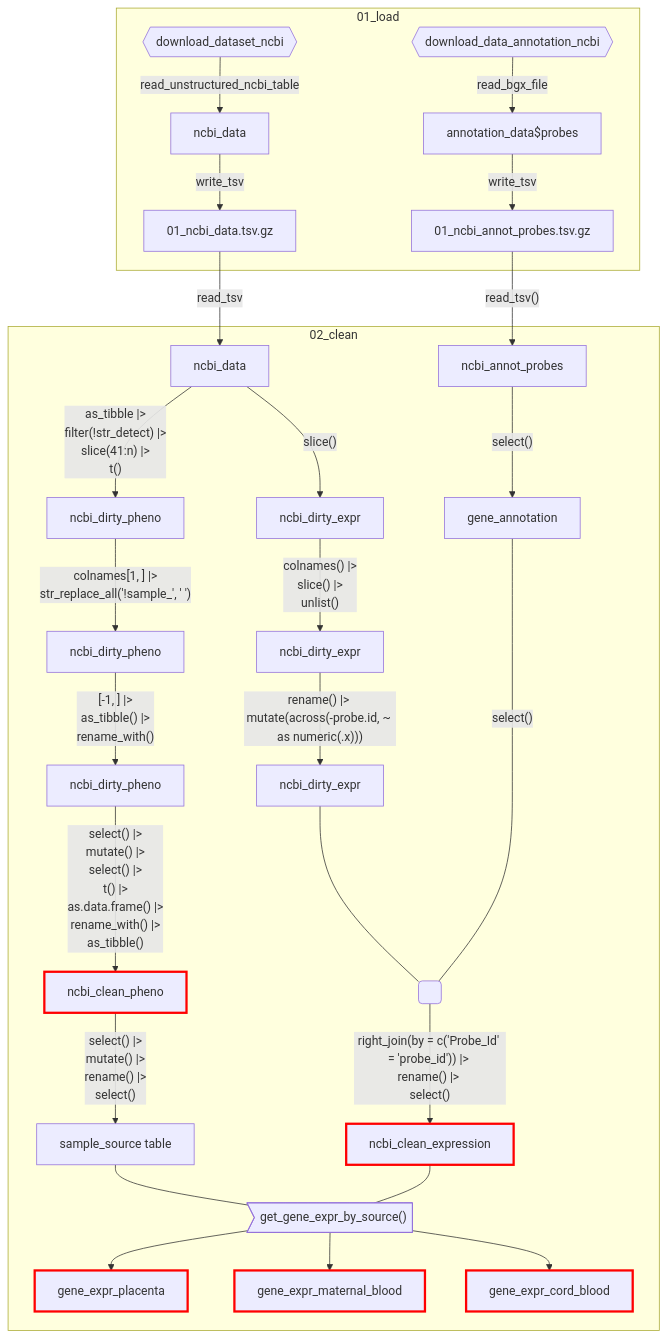
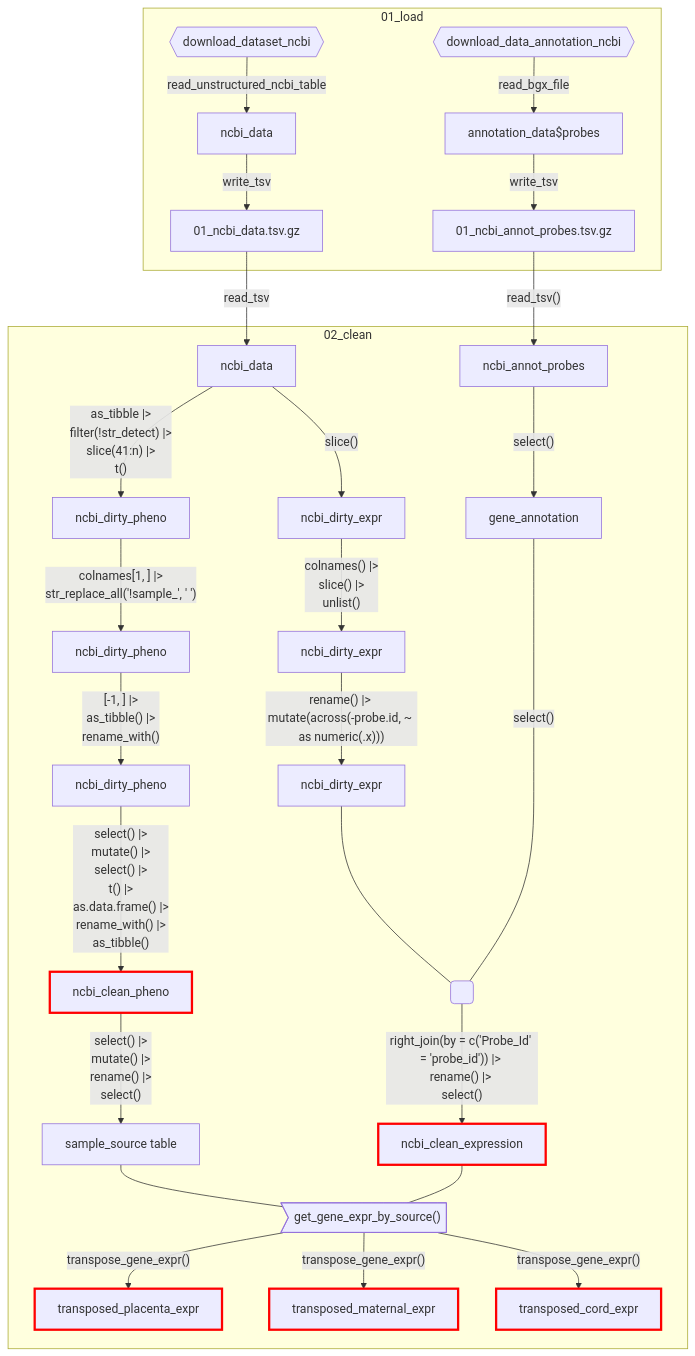
Before and after one commit to rforbiodatascience23/group_9_final_project: the first of 2 diagrams in doc/presentation.qmd, drawn with Mermaid. The commit also changed other lines of this file, not shown here.

Commit message:
Doing flowchart for augment

````diff
--- a/doc/presentation.qmd
+++ b/doc/presentation.qmd
@@ -39,54 +34,54 @@
 ```{mermaid}
 flowchart TD
   
   subgraph 01_load
   %%load
   R{{"download_dataset_ncbi"}} -->|"read_unstructured_ncbi_table"| A[ncbi_data]
   T{{"download_data_annotation_ncbi"}} -->|"read_bgx_file"| I[annotation_data]
   
   %%write
   A[ncbi_data] -->|"write_tsv"| B[01_ncbi_data.tsv.gz]
   I["annotation_data$probes"] --> |"write_tsv"| J["01_ncbi_annot_probes.tsv.gz"]
   end
   subgraph 02_clean
   %%ncbi_data pipe
   B[01_ncbi_data.tsv.gz] -->|"read_tsv"| C[ncbi_data]
   C[ncbi_data] -->|"as_tibble |> <br/>filter(!str_detect) |> <br/>slice(41:n) |> <br/>t()"| D[ncbi_dirty_pheno]
   D[ncbi_dirty_pheno] --> |"colnames[1, ] |> <br/>str_replace_all('!sample_', ' ')"| E[ncbi_dirty_pheno]
   E[ncbi_dirty_pheno] --> |"[-1, ] |> <br/>as_tibble() |> <br/>rename_with()"| F[ncbi_dirty_pheno]
   F[ncbi_dirty_pheno] --> |"select() |> <br/>mutate() |> <br/>select() |> <br/>t() |> <br/>as.data.frame() |> <br/>rename_with() |> <br/>as_tibble()"| H[ncbi_clean_pheno]:::red
   
   %%sample source and all of the expr
   H[ncbi_clean_pheno]:::red --> |"select() |> <br/>mutate() |> <br/>rename() |> <br/>select()"| S[sample_source table]
   S[sample_source table] --- U>"get_gene_expr_by_source()"]
   Q["ncbi_clean_expression"] --- U>"get_gene_expr_by_source()"]
-  U>"get_gene_expr_by_source()"] --> V[gene_expr_placenta]:::red
-  U>"get_gene_expr_by_source()"] --> W[gene_expr_maternal_blood]:::red
-  U>"get_gene_expr_by_source()"] --> X[gene_expr_cord_blood]:::red
+  U>"get_gene_expr_by_source()"] -->|"transpose_gene_expr()"| V[transposed_placenta_expr]:::red
+  U>"get_gene_expr_by_source()"] -->|"transpose_gene_expr()"| W[transposed_maternal_expr]:::red
+  U>"get_gene_expr_by_source()"] -->|"transpose_gene_expr()"| X[transposed_cord_expr]:::red
   
   %%ncbi_dirty_expr pipe
   C[ncbi_data] -->|"slice()"| G[ncbi_dirty_expr]
   G[ncbi_dirty_expr] --> |"colnames() |>  <br/>slice() |>  <br/>unlist()"| L[ncbi_dirty_expr]
   L[ncbi_dirty_expr] --> |"rename() |> <br/>mutate(across(-probe.id, ~ as numeric(.x))) "| M[ncbi_dirty_expr]
   
   %%annotation probe
   J["01_ncbi_annot_probes.tsv.gz"] -->|"read_tsv()"| N["ncbi_annot_probes"]
   N["ncbi_annot_probes"] --> |"select()"| O["gene_annotation"]
   
   %%merging to clean ncbi
   O["gene_annotation"] ---|"select()"| P( ):::empty
   M["ncbi_dirty_expr"] --- P( )
   P( ) -->|"right_join(by = c('Probe_Id' = 'probe_id')) |> <br/>rename() |> <br/>select()"| Q["ncbi_clean_expression"]:::red
   
   classDef red stroke:#f00,stroke-width:3px
   end
   %%writing and reading
   %%subgraph 04_augment
   %%Q["ncbi_clean_expression"] -->  Y[gene_expr_placenta]
   %%V[gene_expr_placenta] -->  Z[gene_expr_placenta]
   %%W[gene_expr_maternal_blood] -->  AA[gene_expr_maternal_blood]
   %%X[gene_expr_cord_blood] -->  AB[gene_expr_cord_blood]
   %%H[ncbi_clean_pheno] -->  AC[ncbi_clean_pheno]
   %%end
   
 ```
````
